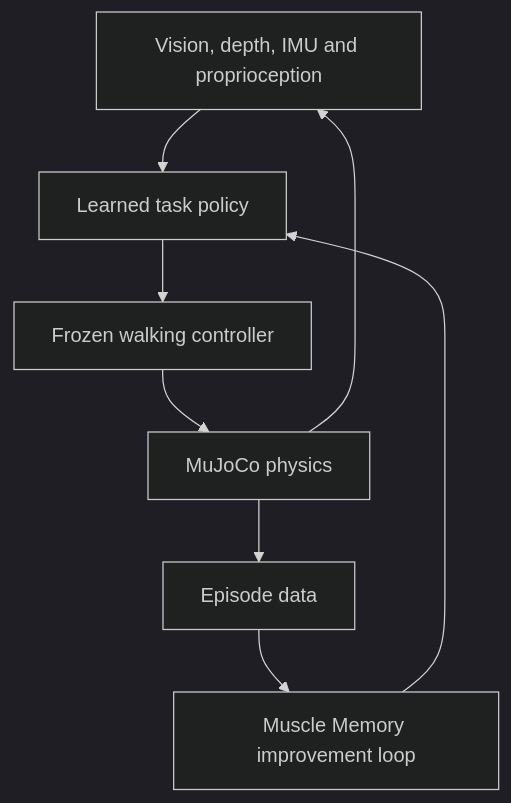
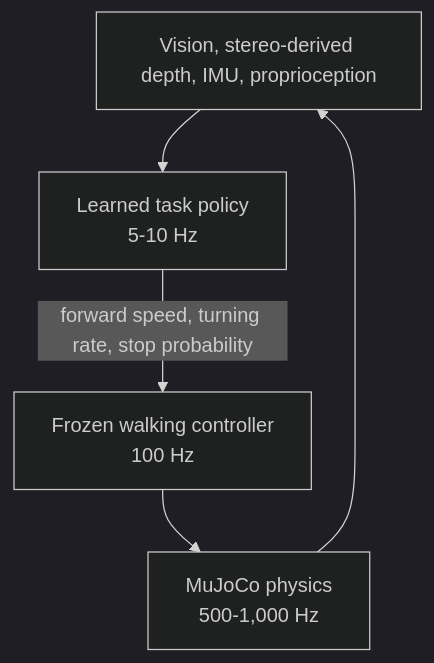
Before and after one commit to Developer668/MuscleMemory: the second of 2 diagrams in README.md, drawn with Mermaid (dark theme). The commit also changed other lines of this file and 75 other files, not shown here.

````diff
--- a/README.md
+++ b/README.md
@@ -149,10 +116,7 @@
 ```mermaid
 flowchart TD
-    S["Vision, depth, IMU and proprioception"] --> P["Learned task policy"]
-    P --> G["Frozen walking controller"]
-    G --> M["MuJoCo physics"]
+    S["Vision, stereo-derived depth, IMU, proprioception"] --> P["Learned task policy<br/>5-10 Hz"]
+    P -->|"forward speed, turning rate, stop probability"| C["Frozen walking controller<br/>100 Hz"]
+    C --> M["MuJoCo physics<br/>500-1,000 Hz"]
     M --> S
-    M --> D["Episode data"]
-    D --> A["Muscle Memory improvement loop"]
-    A --> P
 ```
````
